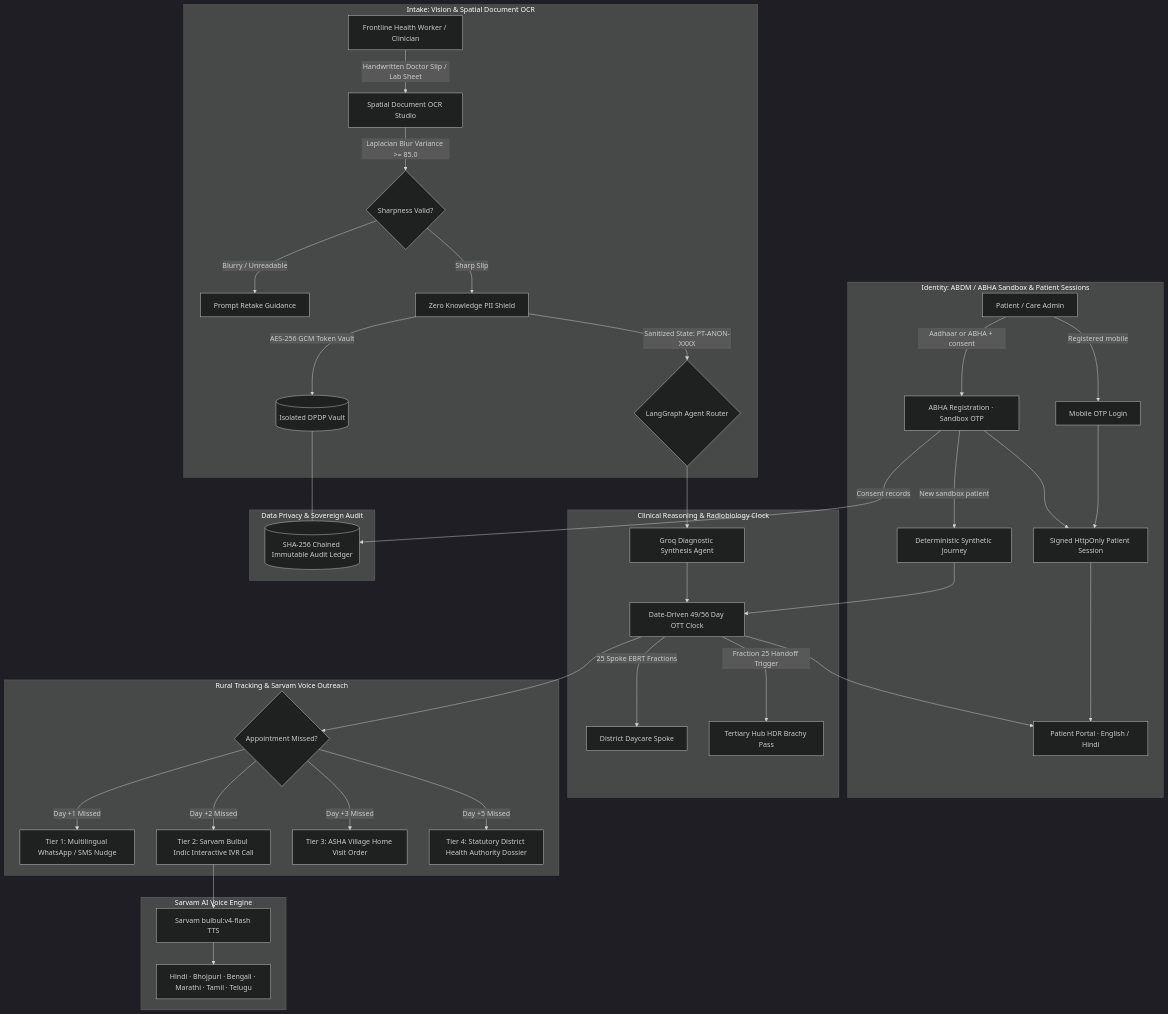
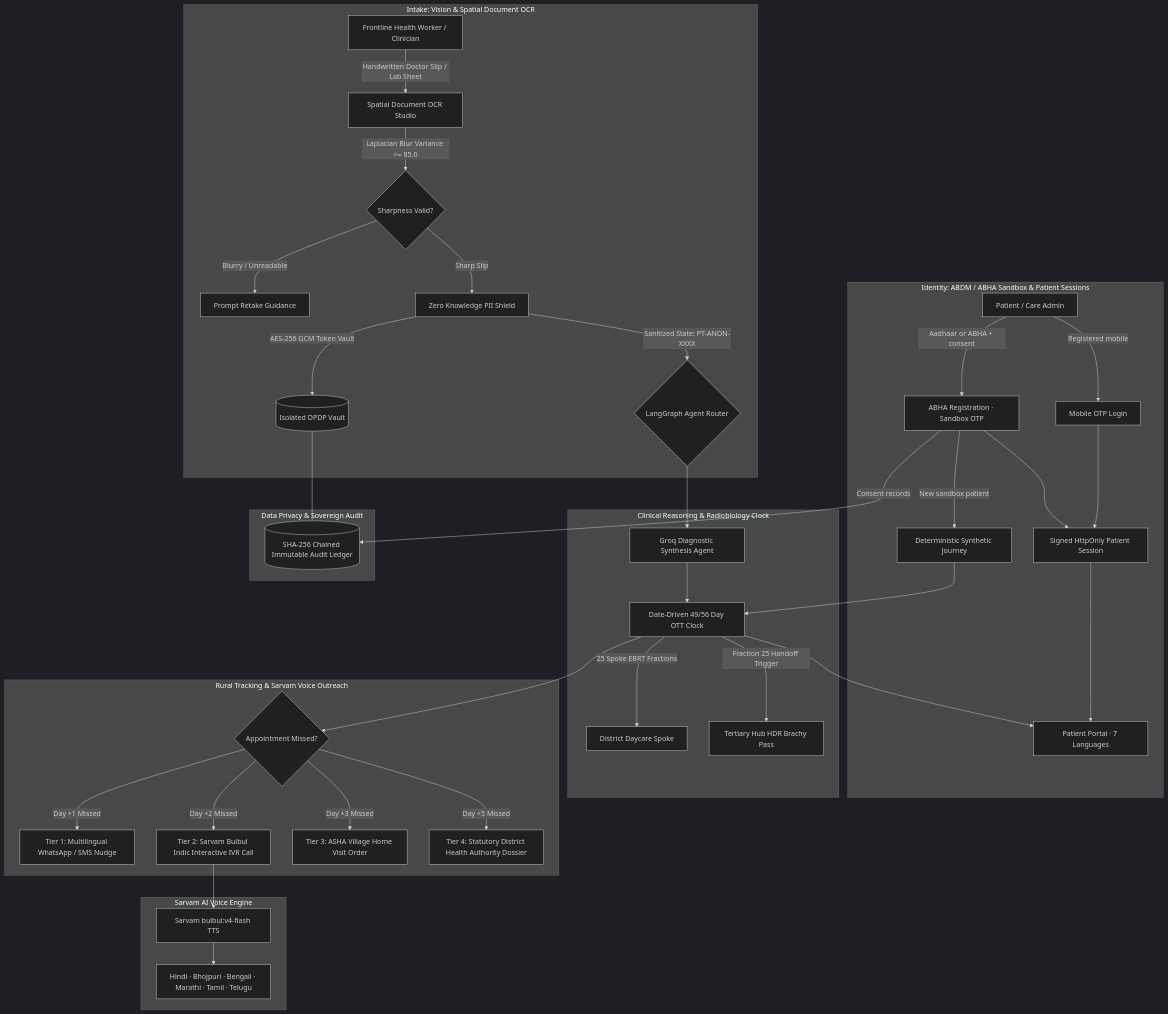
Before and after one commit to ihatecoding01/CerviSetu: the diagram in README.md, drawn with Mermaid (dark theme). The commit also changed other lines of this file, not shown here.

````diff
--- a/README.md
+++ b/README.md
@@ -104,47 +107,47 @@
 ```mermaid
 flowchart TD
     subgraph Identity ["Identity: ABDM / ABHA Sandbox & Patient Sessions"]
         P[Patient / Care Admin] -->|Aadhaar or ABHA + consent| ABHA[ABHA Registration · Sandbox OTP]
         P -->|Registered mobile| MOTP[Mobile OTP Login]
         ABHA --> Session[Signed HttpOnly Patient Session]
         MOTP --> Session
-        Session --> Portal[Patient Portal · English / Hindi]
+        Session --> Portal[Patient Portal · 7 Languages]
         ABHA -->|New sandbox patient| Synthetic[Deterministic Synthetic Journey]
     end
 
     subgraph Intake ["Intake: Vision & Spatial Document OCR"]
         A[Frontline Health Worker / Clinician] -->|Handwritten Doctor Slip / Lab Sheet| OCR[Spatial Document OCR Studio]
         OCR -->|Laplacian Blur Variance >= 85.0| SharpnessGate{Sharpness Valid?}
         SharpnessGate -->|Blurry / Unreadable| RetakeGuidance[Prompt Retake Guidance]
         SharpnessGate -->|Sharp Slip| PIIShield[Zero Knowledge PII Shield]
         PIIShield -->|AES-256 GCM Token Vault| Vault[(Isolated DPDP Vault)]
         PIIShield -->|Sanitized State: PT-ANON-XXXX| Router{LangGraph Agent Router}
     end
 
     subgraph Reasoning ["Clinical Reasoning & Radiobiology Clock"]
         Router --> DiagAgent[Groq Diagnostic Synthesis Agent]
         DiagAgent --> ClockAgent[Date-Driven 49/56 Day OTT Clock]
         ClockAgent -->|25 Spoke EBRT Fractions| SpokeTracker[District Daycare Spoke]
         ClockAgent -->|Fraction 25 Handoff Trigger| HubPass[Tertiary Hub HDR Brachy Pass]
         Synthetic --> ClockAgent
         ClockAgent --> Portal
     end
 
     subgraph Escalation ["Rural Tracking & Sarvam Voice Outreach"]
         ClockAgent --> MissedCheck{Appointment Missed?}
         MissedCheck -->|Day +1 Missed| T1[Tier 1: Multilingual WhatsApp / SMS Nudge]
         MissedCheck -->|Day +2 Missed| T2[Tier 2: Sarvam Bulbul Indic Interactive IVR Call]
         MissedCheck -->|Day +3 Missed| T3[Tier 3: ASHA Village Home Visit Order]
         MissedCheck -->|Day +5 Missed| T4[Tier 4: Statutory District Health Authority Dossier]
     end
 
     subgraph IndicVoice ["Sarvam AI Voice Engine"]
         T2 --> Bulbul[Sarvam bulbul:v4-flash TTS]
         Bulbul --> Dialects[Hindi · Bhojpuri · Bengali · Marathi · Tamil · Telugu]
     end
 
     subgraph Compliance ["Data Privacy & Sovereign Audit"]
         Vault --- Ledger[(SHA-256 Chained Immutable Audit Ledger)]
         ABHA -->|Consent records| Ledger
     end
 ```
````
